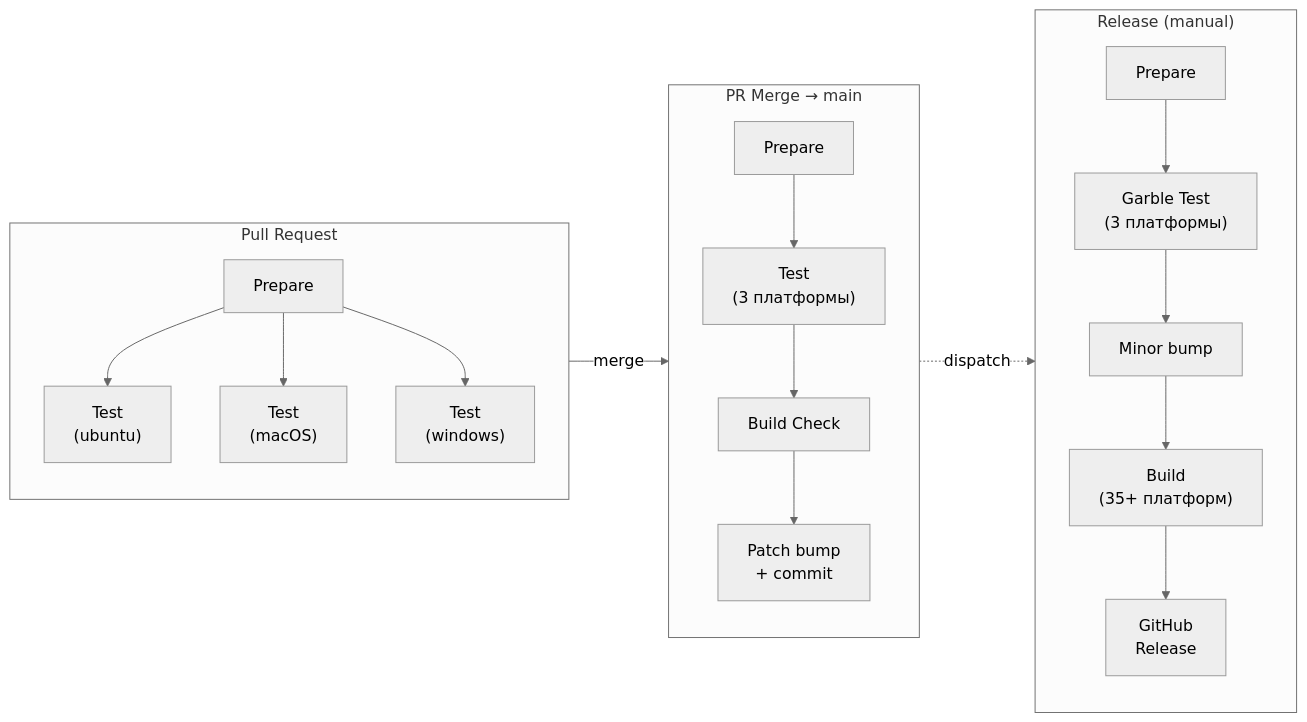
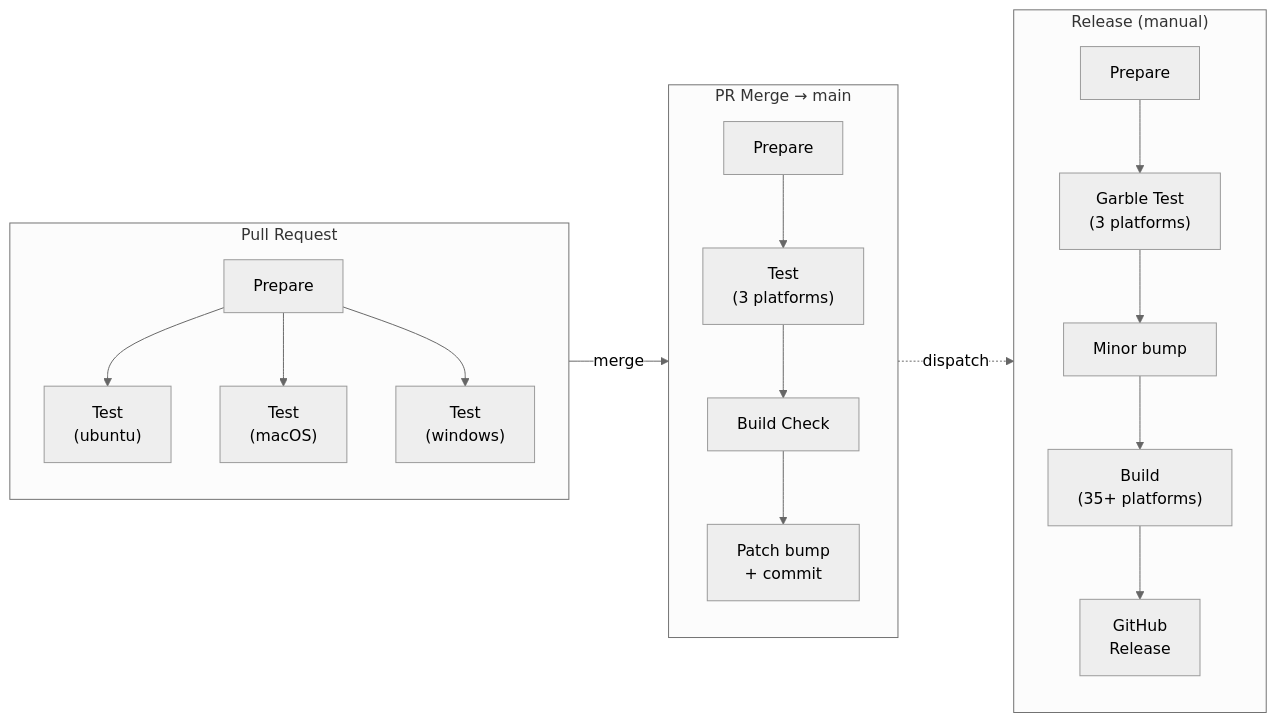
One commit to voluminor/openwebui-ollama-proxy changed the seventh of 7 diagrams in README.md. Above: the diagram before and after it, drawn with Mermaid (neutral theme). The commit also changed other lines of this file and 1 other file, not shown here.

````diff
--- a/README.md
+++ b/README.md
@@ -445,27 +447,27 @@
 ```mermaid
 flowchart LR
     subgraph PR["Pull Request"]
         direction TB
         P1[Prepare] --> T1["Test\n(ubuntu)"]
         P1 --> T2["Test\n(macOS)"]
         P1 --> T3["Test\n(windows)"]
     end
 
     subgraph Merge["PR Merge → main"]
         direction TB
-        M1[Prepare] --> MT1["Test\n(3 платформы)"]
+        M1[Prepare] --> MT1["Test\n(3 platforms)"]
         MT1 --> MB[Build Check]
         MB --> MV["Patch bump\n+ commit"]
     end
 
     subgraph Release["Release (manual)"]
         direction TB
-        R1[Prepare] --> RT["Garble Test\n(3 платформы)"]
+        R1[Prepare] --> RT["Garble Test\n(3 platforms)"]
         RT --> RV["Minor bump"]
-        RV --> RB["Build\n(35+ платформ)"]
+        RV --> RB["Build\n(35+ platforms)"]
         RB --> RR["GitHub\nRelease"]
     end
 
     PR -->|merge| Merge
     Merge -.->|dispatch| Release
 ```
````
